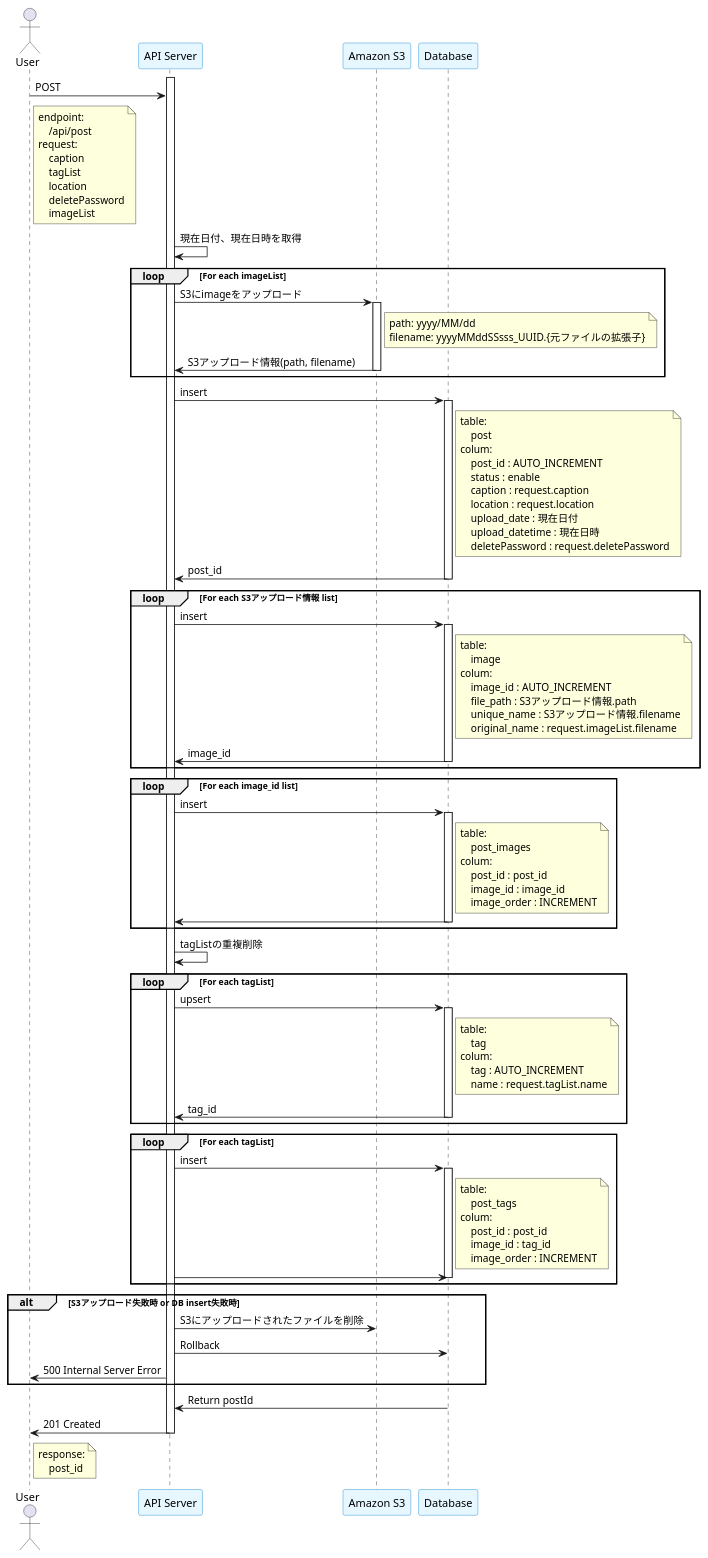
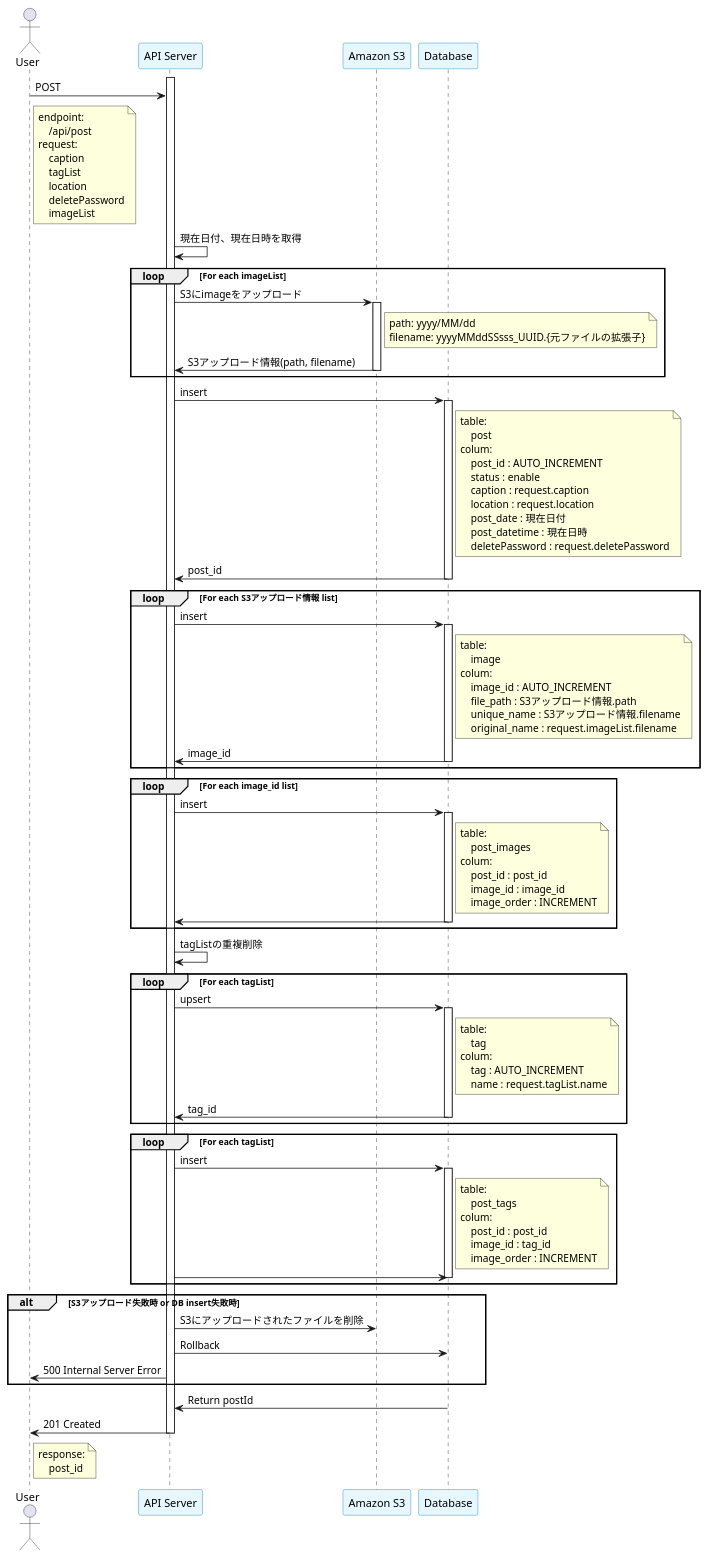
The diagram in docs/sequence/api/create_post.puml (takasumi-m/gallery-docs), drawn with PlantUML before and after one commit. The commit also changed 1 other file, not shown here.

Commit message:
update: upload_date→post_date

```diff
--- a/docs/sequence/api/create_post.puml
+++ b/docs/sequence/api/create_post.puml
@@ -1,127 +1,127 @@
 @startuml
 skinparam ParticipantBorderColor #007ACC
 skinparam ParticipantBackgroundColor #E6F7FF
 
 actor User as user
 participant "API Server" as server
 participant "Amazon S3" as S3
 participant "Database" as DB
 
 activate server
 user -> server: POST
 note right of user
     endpoint:
         /api/post
     request:
         caption
         tagList
         location
         deletePassword
         imageList
 end note
 server -> server: 現在日付、現在日時を取得
 loop For each imageList
     server -> S3: S3にimageをアップロード
     note right of S3
         path: yyyy/MM/dd
         filename: yyyyMMddSSsss_UUID.{元ファイルの拡張子}
     end note
     activate S3
     S3 -> server: S3アップロード情報(path, filename)
     deactivate S3
 end loop
 server -> DB: insert
 activate DB
     note right of DB
         table:
             post
         colum:
             post_id : AUTO_INCREMENT
             status : enable
             caption : request.caption
             location : request.location
-            upload_date : 現在日付
-            upload_datetime : 現在日時
+            post_date : 現在日付
+            post_datetime : 現在日時
             deletePassword : request.deletePassword
     end note
 DB -> server: post_id
 deactivate DB
 
 
 loop For each S3アップロード情報 list
     server -> DB: insert
     activate DB
         note right of DB
             table:
                 image
             colum:
                 image_id : AUTO_INCREMENT
                 file_path : S3アップロード情報.path
                 unique_name : S3アップロード情報.filename
                 original_name : request.imageList.filename
         end note
     DB -> server: image_id
     deactivate DB
 end loop
 
 loop For each image_id list
     server -> DB: insert
     activate DB
     note right of DB
         table:
             post_images
         colum:
             post_id : post_id
             image_id : image_id
             image_order : INCREMENT
     end note
     DB -> server:
     deactivate DB
 end loop
 
 server -> server: tagListの重複削除
 
 loop For each tagList
     server -> DB: upsert
     activate DB
     note right of DB
         table:
             tag
         colum:
             tag : AUTO_INCREMENT
             name : request.tagList.name
     end note
     DB -> server:  tag_id
     deactivate DB
 end loop
 
 loop For each tagList
 
     server -> DB: insert
     activate DB
         note right of DB
             table:
                 post_tags
             colum:
                 post_id : post_id
                 image_id : tag_id
                 image_order : INCREMENT
         end note
     server -> DB:
     deactivate DB
 end loop
 
 alt S3アップロード失敗時 or DB insert失敗時
     server -> S3: S3にアップロードされたファイルを削除
     server -> DB: Rollback
     server -> user: 500 Internal Server Error
 end alt
 
 DB -> server: Return postId
 server -> user: 201 Created
 note right of user
     response:
         post_id
 end note
 deactivate server
 @enduml
```
